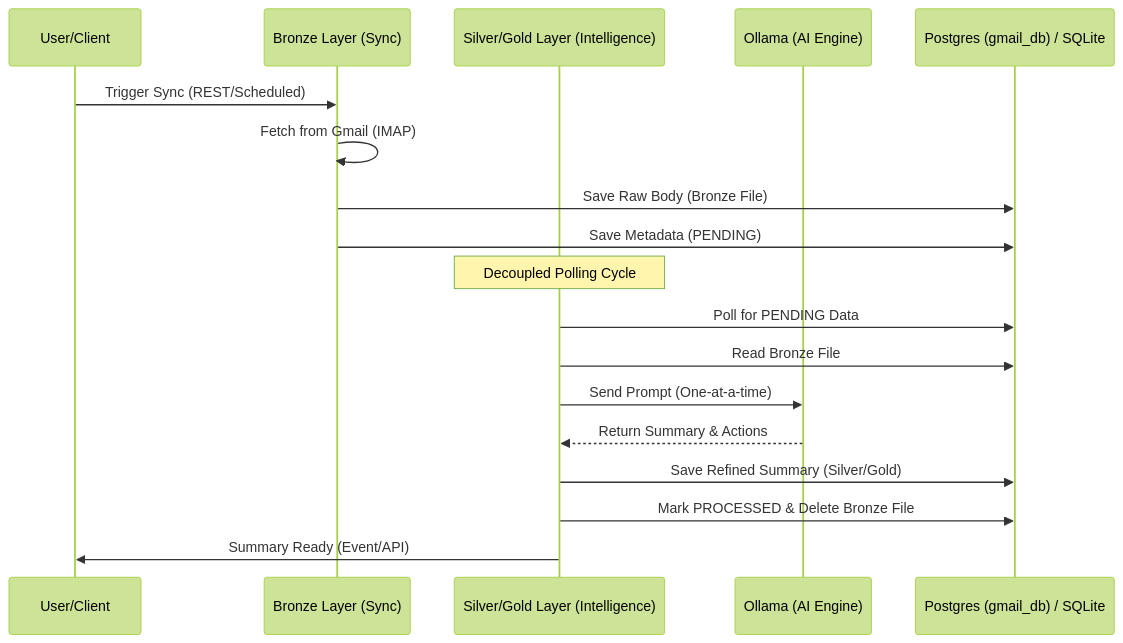
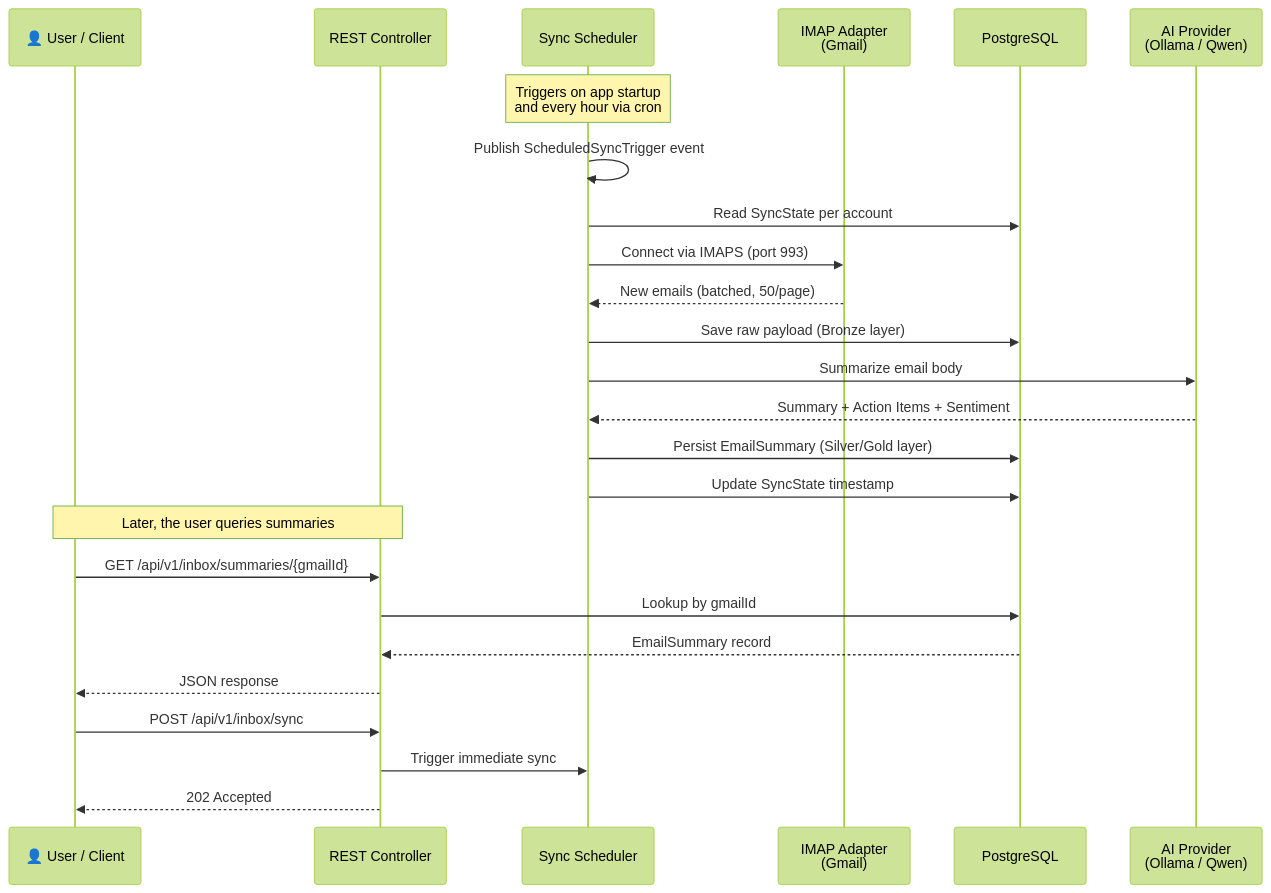
Before and after one commit to kbi101/20260401: the diagram in docs/usage/inbox-intelligence-guide.md, drawn with Mermaid (forest theme). The commit also changed other lines of this file and 17 other files, not shown here.

First line of the commit message:
fix: stabilize inbox-intelligence module for production

````diff
--- a/docs/usage/inbox-intelligence-guide.md
+++ b/docs/usage/inbox-intelligence-guide.md
@@ -16,23 +22,32 @@
 ```mermaid
 sequenceDiagram
-    participant U as User/Client
-    participant B as Bronze Layer (Sync)
-    participant S as Silver/Gold Layer (Intelligence)
-    participant O as Ollama (AI Engine)
-    participant DB as Postgres (gmail_db) / SQLite
+    participant User as 👤 User / Client
+    participant API as REST Controller
+    participant Scheduler as Sync Scheduler
+    participant IMAP as IMAP Adapter<br/>(Gmail)
+    participant DB as PostgreSQL
+    participant LLM as AI Provider<br/>(Ollama / Qwen)
 
-    U->>B: Trigger Sync (REST/Scheduled)
-    B->>B: Fetch from Gmail (IMAP)
-    B->>DB: Save Raw Body (Bronze File)
-    B->>DB: Save Metadata (PENDING)
-    
-    Note over S: Decoupled Polling Cycle
-    
-    S->>DB: Poll for PENDING Data
-    S->>DB: Read Bronze File
-    S->>O: Send Prompt (One-at-a-time)
-    O-->>S: Return Summary & Actions
-    S->>DB: Save Refined Summary (Silver/Gold)
-    S->>DB: Mark PROCESSED & Delete Bronze File
-    S->>U: Summary Ready (Event/API)
+    Note over Scheduler: Triggers on app startup<br/>and every hour via cron
+
+    Scheduler->>Scheduler: Publish ScheduledSyncTrigger event
+    Scheduler->>DB: Read SyncState per account
+    Scheduler->>IMAP: Connect via IMAPS (port 993)
+    IMAP-->>Scheduler: New emails (batched, 50/page)
+    Scheduler->>DB: Save raw payload (Bronze layer)
+    Scheduler->>LLM: Summarize email body
+    LLM-->>Scheduler: Summary + Action Items + Sentiment
+    Scheduler->>DB: Persist EmailSummary (Silver/Gold layer)
+    Scheduler->>DB: Update SyncState timestamp
+
+    Note over User,API: Later, the user queries summaries
+
+    User->>API: GET /api/v1/inbox/summaries/{gmailId}
+    API->>DB: Lookup by gmailId
+    DB-->>API: EmailSummary record
+    API-->>User: JSON response
+
+    User->>API: POST /api/v1/inbox/sync
+    API->>Scheduler: Trigger immediate sync
+    API-->>User: 202 Accepted
 ```
````
